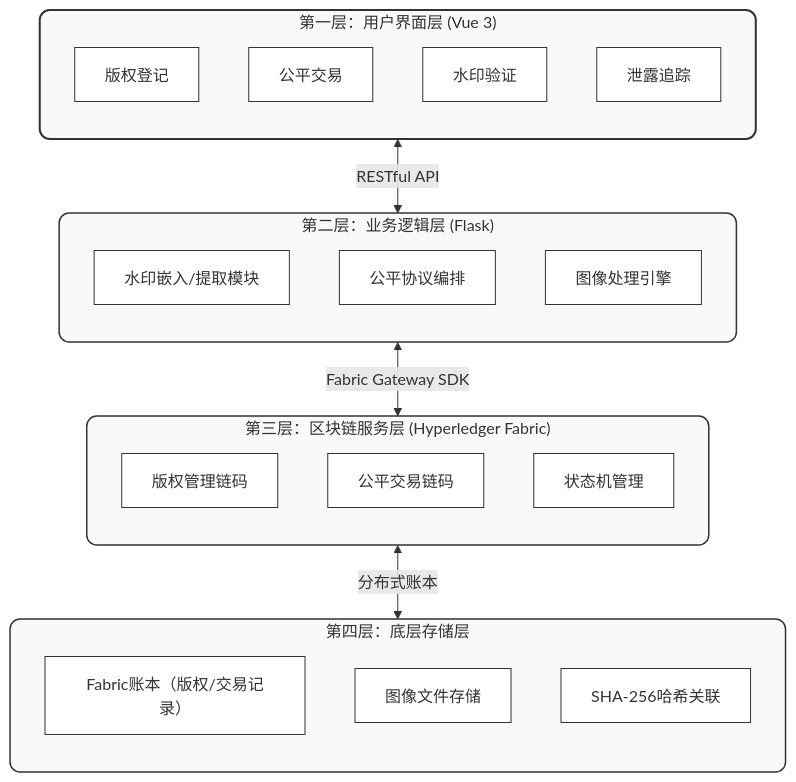
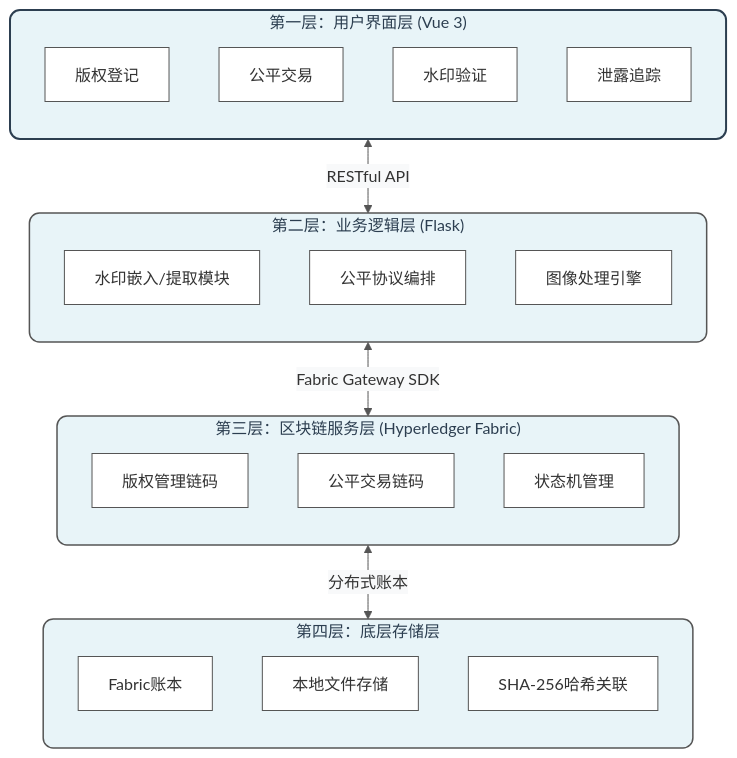
One commit to lunaBack/iodraw-files changed the diagram in all/未命名.md. Above: the diagram before and after it, drawn with Mermaid.

Commit message:
2026-05-10 22:16:07 update

````diff
--- a/all/未命名.md
+++ b/all/未命名.md
@@ -1,49 +1,50 @@
 ```mermaid
+%%{init: {'theme': 'base', 'themeVariables': { 'primaryColor': '#fff', 'edgeLabelBackground':'#f8f9fa', 'tertiaryColor': '#fff', 'fontFamily': 'Helvetica, Arial, sans-serif', 'nodeBorder': '#333', 'lineColor': '#555', 'textColor': '#333'}}}%%
 graph TD
-    %% 定义样式类
-    classDef layerStyle fill:#f9f9f9,stroke:#333,stroke-width:2px,rx:10,ry:10;
-    classDef subModuleStyle fill:#ffffff,stroke:#333,stroke-width:1px;
-    classDef arrowStyle stroke:#333,stroke-width:1.5px;
+    %% 定义学术风格类
+    classDef layer fill:#e8f4f8,stroke:#2c3e50,stroke-width:2px,rx:10,ry:10,color:#2c3e50;
+    classDef module fill:#ffffff,stroke:#555,stroke-width:1px,color:#333;
+    classDef arrow stroke:#555,stroke-width:1.5px;
 
-    %% 第一层：用户界面层
-    subgraph Layer1 ["第一层：用户界面层 (Vue 3)"]
+    %% 第一层
+    subgraph L1 ["第一层：用户界面层 (Vue 3)"]
         direction TB
-        M1[版权登记]:::subModuleStyle
-        M2[公平交易]:::subModuleStyle
-        M3[水印验证]:::subModuleStyle
-        M4[泄露追踪]:::subModuleStyle
+        M1[版权登记]:::module
+        M2[公平交易]:::module
+        M3[水印验证]:::module
+        M4[泄露追踪]:::module
     end
-    Layer1:::layerStyle
+    L1:::layer
 
-    %% 第二层：业务逻辑层
-    subgraph Layer2 ["第二层：业务逻辑层 (Flask)"]
+    %% 第二层
+    subgraph L2 ["第二层：业务逻辑层 (Flask)"]
         direction TB
-        M5[水印嵌入/提取模块]:::subModuleStyle
-        M6[公平协议编排]:::subModuleStyle
-        M7[图像处理引擎]:::subModuleStyle
+        M5[水印嵌入/提取模块]:::module
+        M6[公平协议编排]:::module
+        M7[图像处理引擎]:::module
     end
-    Layer2:::layerStyle
+    L2:::layer
 
-    %% 第三层：区块链服务层
-    subgraph Layer3 ["第三层：区块链服务层 (Hyperledger Fabric)"]
+    %% 第三层
+    subgraph L3 ["第三层：区块链服务层 (Hyperledger Fabric)"]
         direction TB
-        M8[版权管理链码]:::subModuleStyle
-        M9[公平交易链码]:::subModuleStyle
-        M10[状态机管理]:::subModuleStyle
+        M8[版权管理链码]:::module
+        M9[公平交易链码]:::module
+        M10[状态机管理]:::module
     end
-    Layer3:::layerStyle
+    L3:::layer
 
-    %% 第四层：底层存储层
-    subgraph Layer4 ["第四层：底层存储层"]
+    %% 第四层
+    subgraph L4 ["第四层：底层存储层"]
         direction TB
-        M11["Fabric账本（版权/交易记录）"]:::subModuleStyle
-        M12["图像文件存储"]:::subModuleStyle
-        M13["SHA-256哈希关联"]:::subModuleStyle
+        M11["Fabric账本"]:::module
+        M12["本地文件存储"]:::module
+        M13["SHA-256哈希关联"]:::module
     end
-    Layer4:::layerStyle
+    L4:::layer
 
-    %% 连接关系
-    Layer1 <-->|RESTful API| Layer2:::arrowStyle
-    Layer2 <-->|Fabric Gateway SDK| Layer3:::arrowStyle
-    Layer3 <-->|分布式账本| Layer4:::arrowStyle
+    %% 连接
+    L1 <-->|RESTful API| L2:::arrow
+    L2 <-->|Fabric Gateway SDK| L3:::arrow
+    L3 <-->|分布式账本| L4:::arrow
 ```
````
